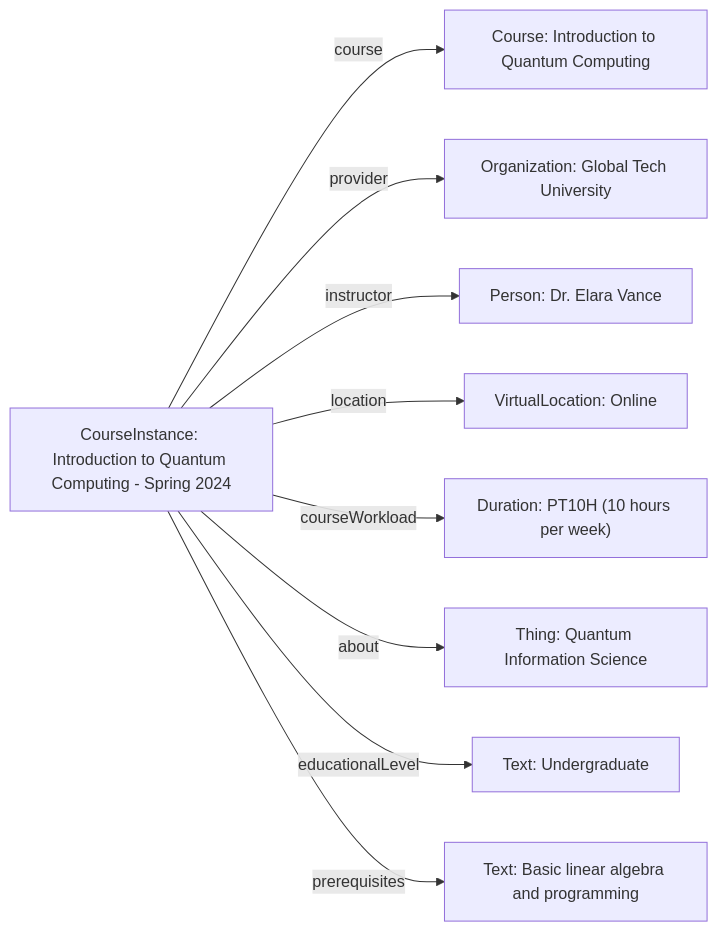
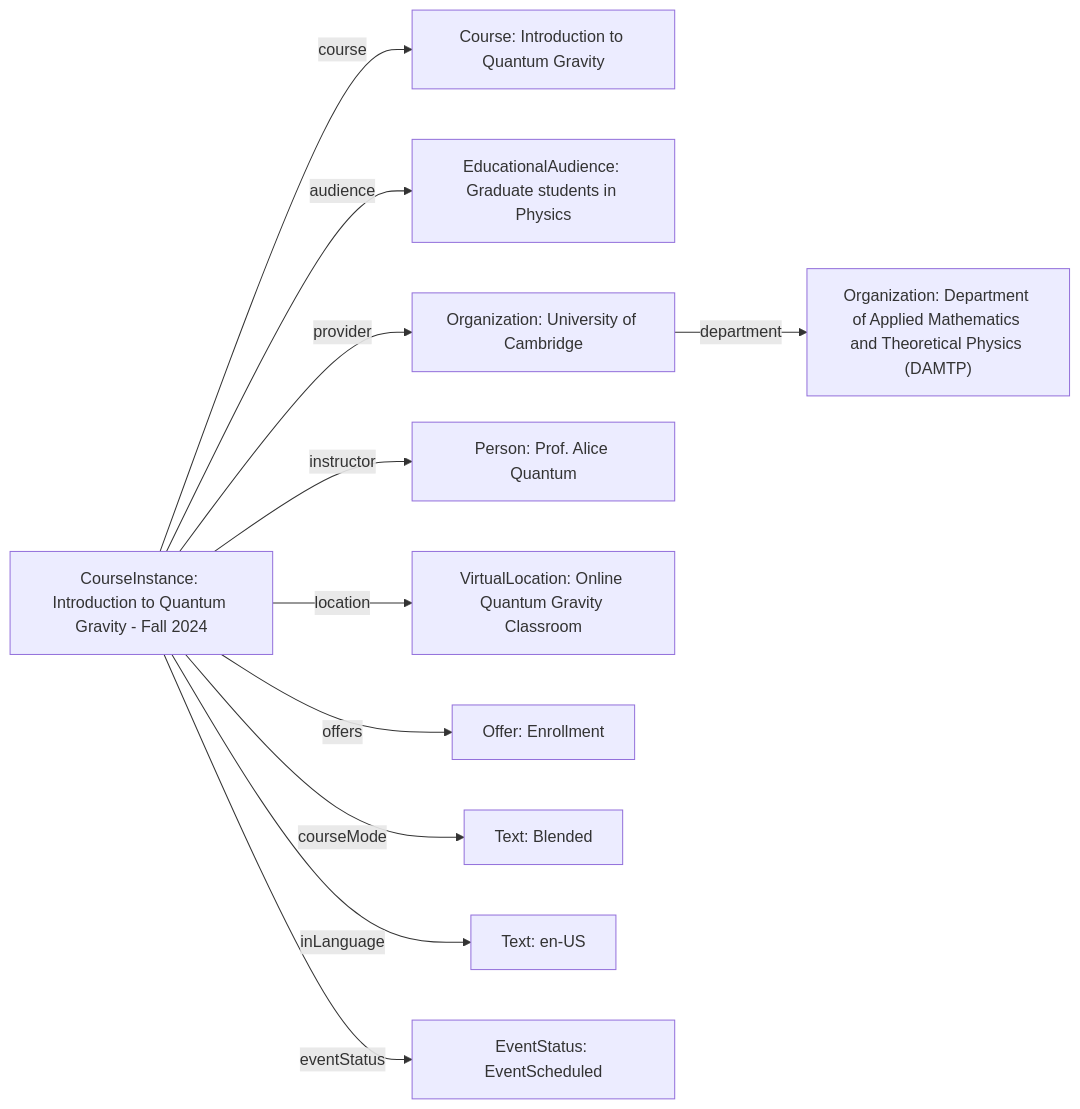
Before and after one commit to schemas-science/schemas-science.github.io: the diagram in docs/guidance/CourseInstance.md, drawn with Mermaid. The commit also changed other lines of this file and 15 other files, not shown here.

````diff
--- a/docs/guidance/CourseInstance.md
+++ b/docs/guidance/CourseInstance.md
@@ -61,22 +78,25 @@
 ```mermaid
 graph LR
-CourseInstance_Spring2024["CourseInstance: Introduction to Quantum Computing - Spring 2024"]
-Course_IntroQC["Course: Introduction to Quantum Computing"]
-Organization_GlobalTechUniversity["Organization: Global Tech University"]
-Person_DrElaraVance["Person: Dr. Elara Vance"]
-VirtualLocation_Online["VirtualLocation: Online"]
-Duration_PT10H["Duration: PT10H (10 hours per week)"]
-Thing_QuantumInfoScience["Thing: Quantum Information Science"]
-Text_Undergraduate["Text: Undergraduate"]
-Text_Prereqs["Text: Basic linear algebra and programming"]
+CourseInstance_QG_Fall2024["CourseInstance: Introduction to Quantum Gravity - Fall 2024"]
+Course_QG["Course: Introduction to Quantum Gravity"]
+EducationalAudience_GradPhysics["EducationalAudience: Graduate students in Physics"]
+Organization_Cambridge["Organization: University of Cambridge"]
+Organization_DAMTP["Organization: Department of Applied Mathematics and Theoretical Physics (DAMTP)"]
+Person_ProfQuantum["Person: Prof. Alice Quantum"]
+VirtualLocation_OnlineRoom["VirtualLocation: Online Quantum Gravity Classroom"]
+Offer_Enrollment["Offer: Enrollment"]
+Text_Blended["Text: Blended"]
+Text_English["Text: en-US"]
+EventStatus_Scheduled["EventStatus: EventScheduled"]
 
-CourseInstance_Spring2024 -->|course| Course_IntroQC
-CourseInstance_Spring2024 -->|provider| Organization_GlobalTechUniversity
-CourseInstance_Spring2024 -->|instructor| Person_DrElaraVance
-CourseInstance_Spring2024 -->|location| VirtualLocation_Online
-CourseInstance_Spring2024 -->|courseWorkload| Duration_PT10H
-CourseInstance_Spring2024 -->|about| Thing_QuantumInfoScience
-CourseInstance_Spring2024 -->|educationalLevel| Text_Undergraduate
-CourseInstance_Spring2024 -->|prerequisites| Text_Prereqs
-
+CourseInstance_QG_Fall2024 -->|course| Course_QG
+CourseInstance_QG_Fall2024 -->|audience| EducationalAudience_GradPhysics
+CourseInstance_QG_Fall2024 -->|provider| Organization_Cambridge
+Organization_Cambridge -->|department| Organization_DAMTP
+CourseInstance_QG_Fall2024 -->|instructor| Person_ProfQuantum
+CourseInstance_QG_Fall2024 -->|location| VirtualLocation_OnlineRoom
+CourseInstance_QG_Fall2024 -->|courseMode| Text_Blended
+CourseInstance_QG_Fall2024 -->|inLanguage| Text_English
+CourseInstance_QG_Fall2024 -->|offers| Offer_Enrollment
+CourseInstance_QG_Fall2024 -->|eventStatus| EventStatus_Scheduled
 ```
````
